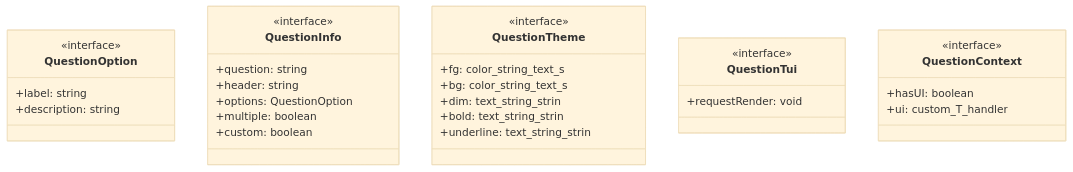
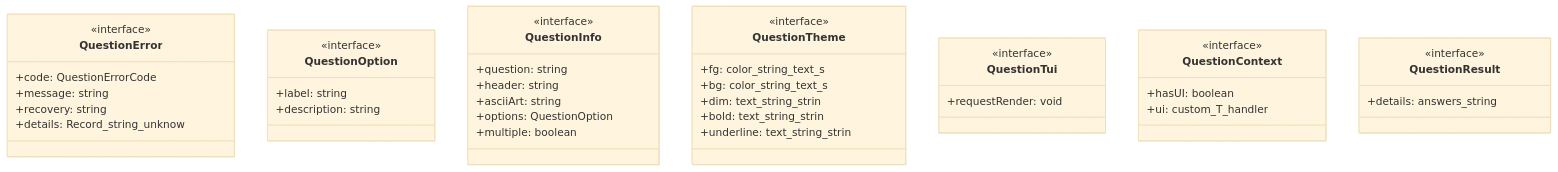
Before and after one commit to Mekann2904/mekann: the second of 5 diagrams in ABDD/.pi/extensions/question.md, drawn with Mermaid (base theme). The commit also changed other lines of this file and 189 other files, not shown here.

````diff
--- a/ABDD/.pi/extensions/question.md
+++ b/ABDD/.pi/extensions/question.md
@@ -87,33 +105,44 @@
 ```mermaid
 classDiagram
+  class QuestionError {
+    <<interface>>
+    +code: QuestionErrorCode
+    +message: string
+    +recovery: string
+    +details: Record_string_unknow
+  }
   class QuestionOption {
     <<interface>>
     +label: string
     +description: string
   }
   class QuestionInfo {
     <<interface>>
     +question: string
     +header: string
+    +asciiArt: string
     +options: QuestionOption
     +multiple: boolean
-    +custom: boolean
   }
   class QuestionTheme {
     <<interface>>
     +fg: color_string_text_s
     +bg: color_string_text_s
     +dim: text_string_strin
     +bold: text_string_strin
     +underline: text_string_strin
   }
   class QuestionTui {
     <<interface>>
     +requestRender: void
   }
   class QuestionContext {
     <<interface>>
     +hasUI: boolean
     +ui: custom_T_handler
   }
+  class QuestionResult {
+    <<interface>>
+    +details: answers_string
+  }
 ```
````
